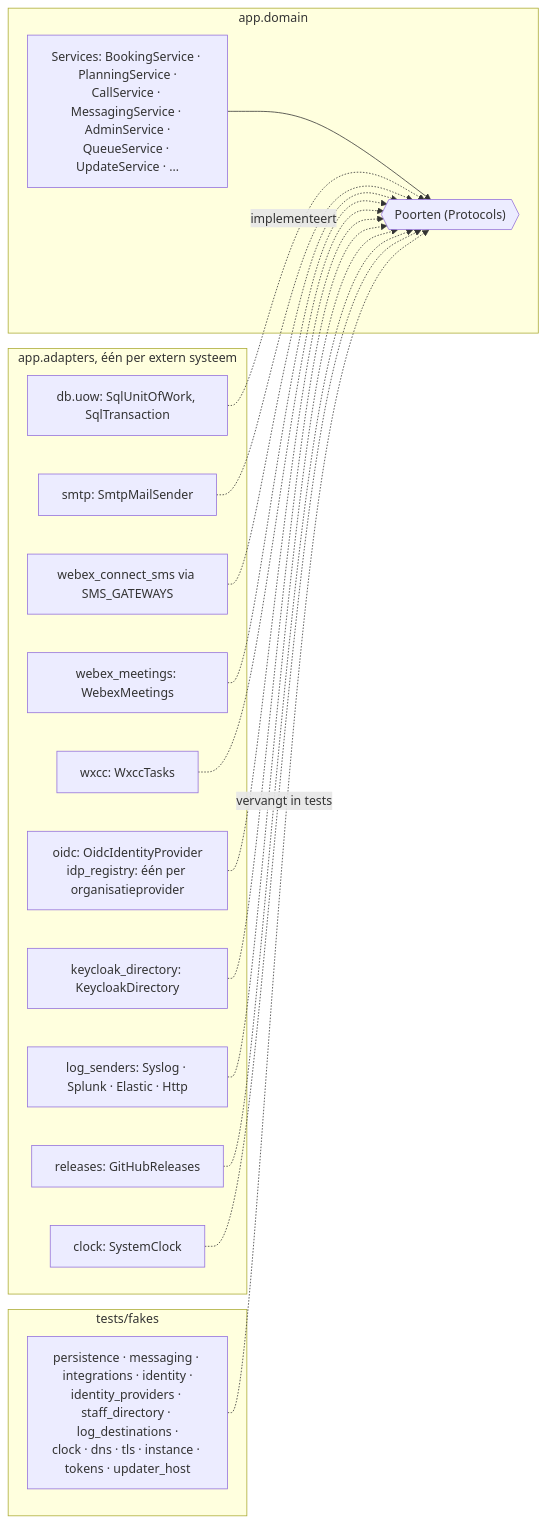
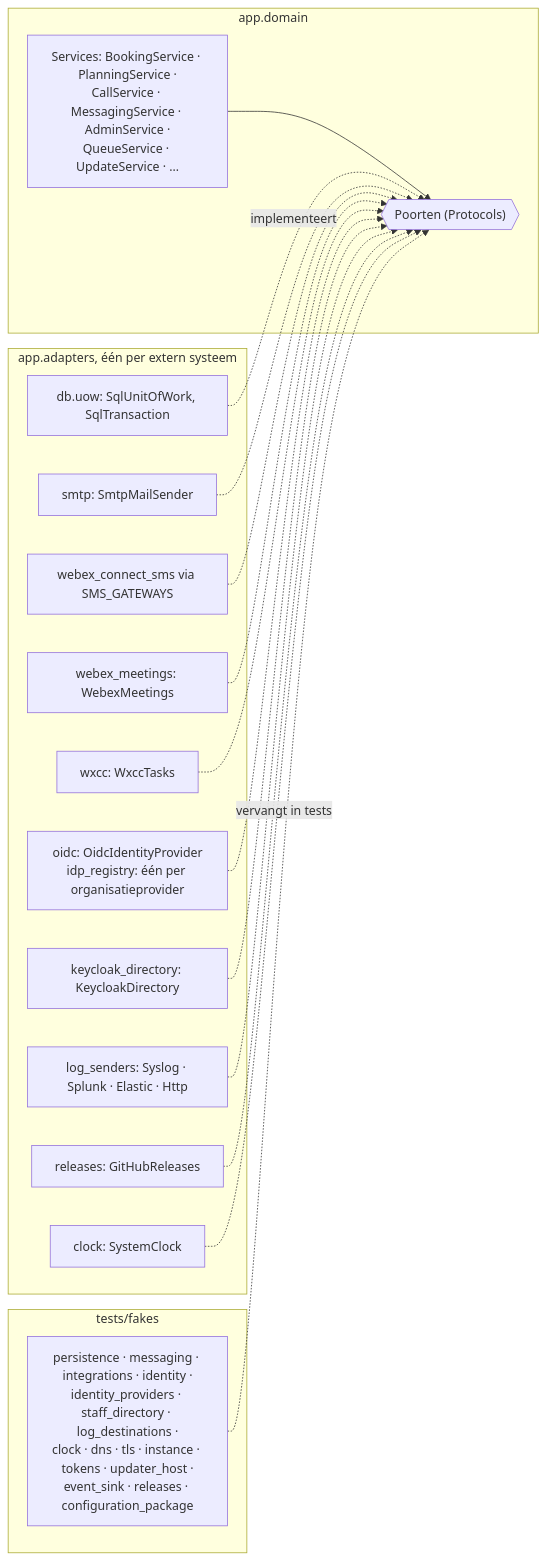
One commit to 3Corners-Labs/OpenPlanner changed the fourth of 8 diagrams in docs/applicatie-architectuur.md. Above: the diagram before and after it, drawn with Mermaid. The commit also changed other lines of this file, not shown here.

````diff
--- a/docs/applicatie-architectuur.md
+++ b/docs/applicatie-architectuur.md
@@ -556,34 +557,34 @@
 ```mermaid
 flowchart LR
     subgraph domein [app.domain]
         services["Services: BookingService · PlanningService ·<br/>CallService · MessagingService · AdminService ·<br/>QueueService · UpdateService · …"]
         ports{{"Poorten (Protocols)"}}
         services --> ports
     end
     subgraph adapters [app.adapters, één per extern systeem]
         uow["db.uow: SqlUnitOfWork, SqlTransaction"]
         smtp["smtp: SmtpMailSender"]
         sms["webex_connect_sms via SMS_GATEWAYS"]
         video["webex_meetings: WebexMeetings"]
         cc["wxcc: WxccTasks"]
         oidc["oidc: OidcIdentityProvider<br/>idp_registry: één per organisatieprovider"]
         kc["keycloak_directory: KeycloakDirectory"]
         logs["log_senders: Syslog · Splunk · Elastic · Http"]
         rel["releases: GitHubReleases"]
         clock["clock: SystemClock"]
     end
     subgraph fakes [tests/fakes]
-        f["persistence · messaging · integrations · identity ·<br/>identity_providers · staff_directory · log_destinations ·<br/>clock · dns · tls · instance · tokens · updater_host"]
+        f["persistence · messaging · integrations · identity ·<br/>identity_providers · staff_directory · log_destinations ·<br/>clock · dns · tls · instance · tokens · updater_host ·<br/>event_sink · releases · configuration_package"]
     end
     uow -.implementeert.-> ports
     smtp -.-> ports
     sms -.-> ports
     video -.-> ports
     cc -.-> ports
     oidc -.-> ports
     kc -.-> ports
     logs -.-> ports
     rel -.-> ports
     clock -.-> ports
     f -. "vervangt in tests" .-> ports
 ```
````
